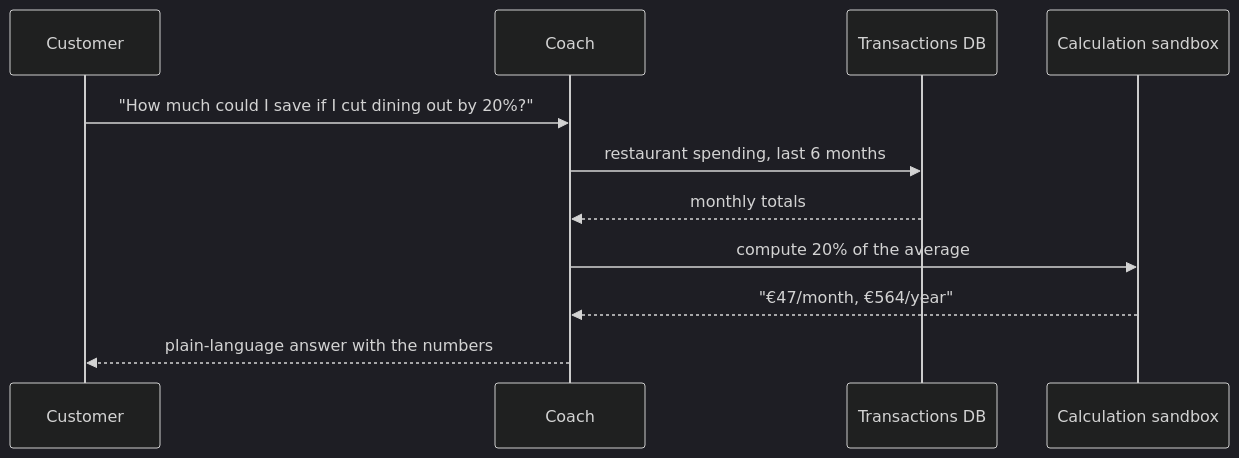
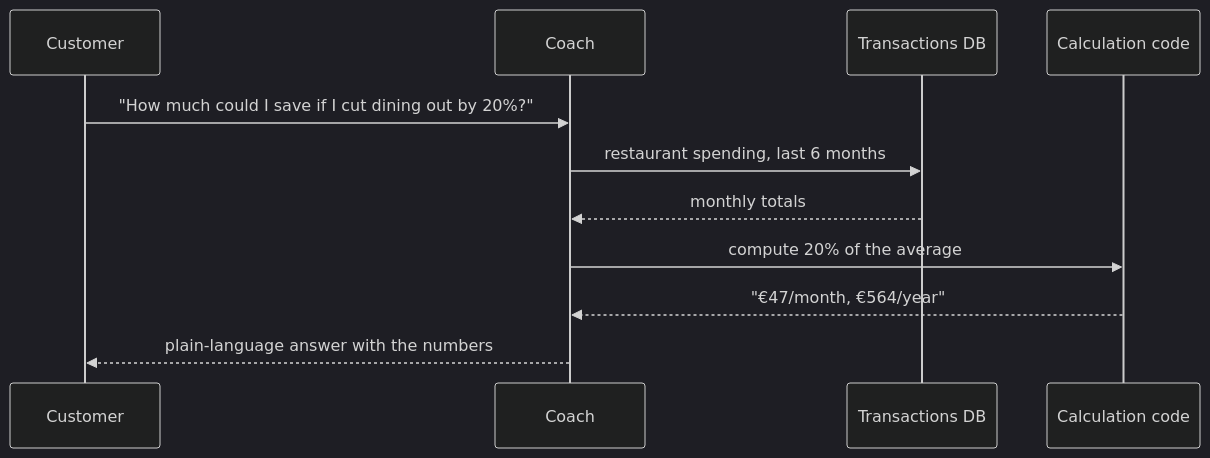
One commit to pinsionparoni/mountain-claude-boys-trek changed the second of 2 diagrams in README.md. Above: the diagram before and after it, drawn with Mermaid (dark theme). The commit also changed other lines of this file and 2 other files, not shown here.

First line of the commit message:
Docs: charts on request, calculations in code, features we'd built but not described

````diff
--- a/README.md
+++ b/README.md
@@ -47,14 +51,14 @@
 ```mermaid
 sequenceDiagram
     participant U as Customer
     participant A as Coach
     participant D as Transactions DB
-    participant M as Calculation sandbox
+    participant M as Calculation code
 
     U->>A: "How much could I save if I cut dining out by 20%?"
     A->>D: restaurant spending, last 6 months
     D-->>A: monthly totals
     A->>M: compute 20% of the average
     M-->>A: "€47/month, €564/year"
     A-->>U: plain-language answer with the numbers
 ```
````
